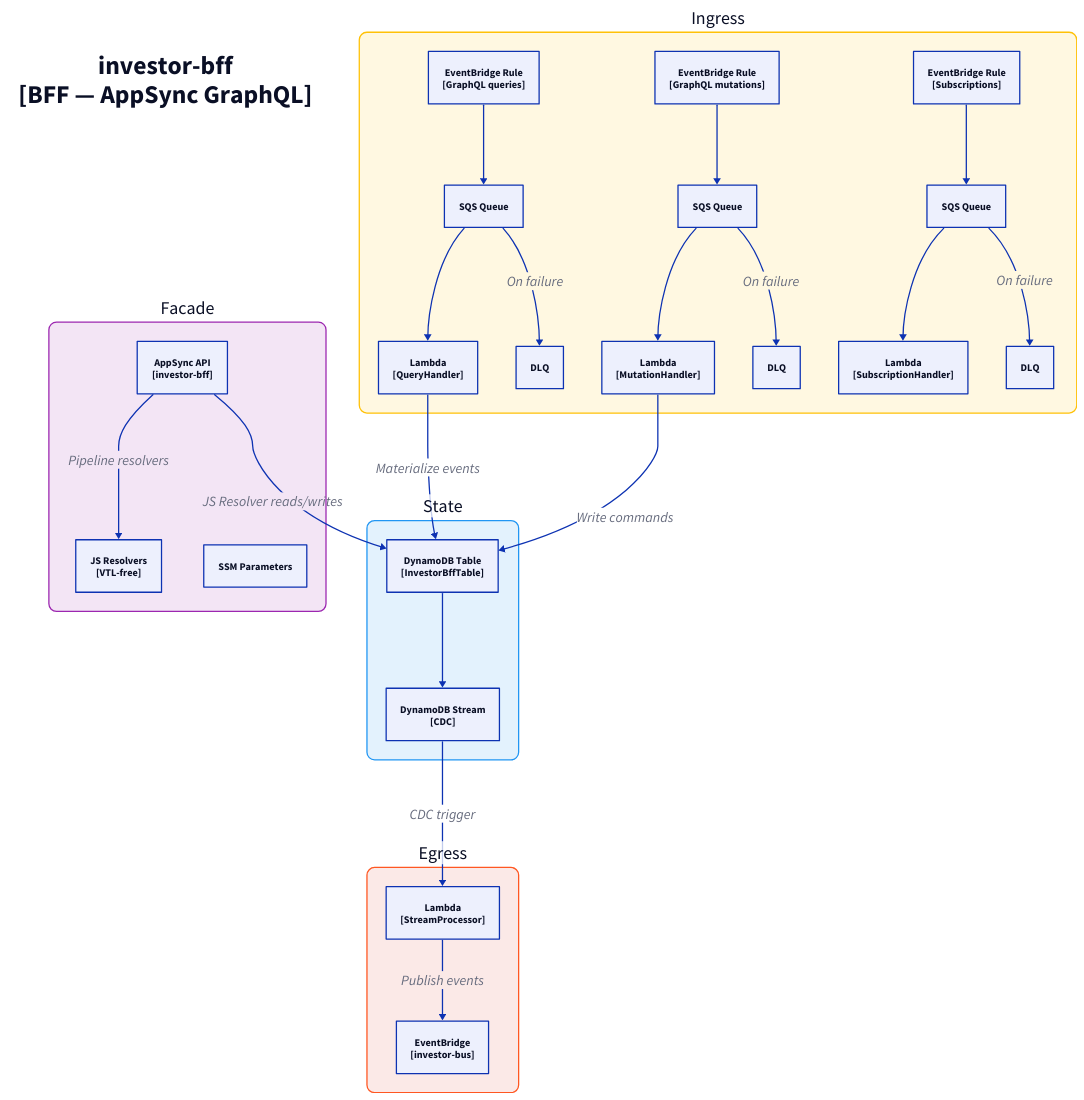
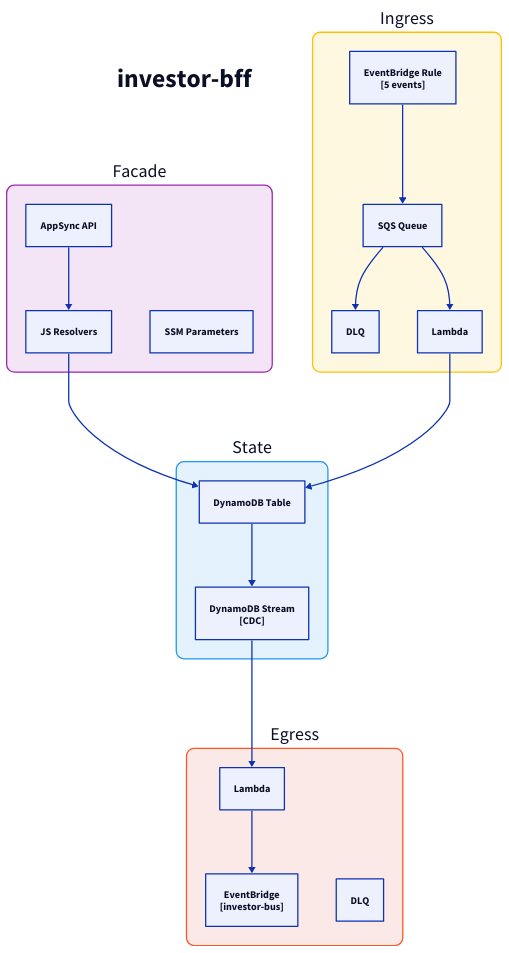
Before and after one commit to fabio-vitali/nestfolio: the diagram in docs/architecture/c3/investor-bff.d2, drawn with D2. The commit also changed 60 other files, not shown here.

Commit message:
fix: c4 diagram generated

```diff
--- a/docs/architecture/c3/investor-bff.d2
+++ b/docs/architecture/c3/investor-bff.d2
@@ -1,67 +1,45 @@
 direction: down
 
-title: "investor-bff\n[BFF — AppSync GraphQL]" {
+title: "investor-bff" {
   style: { font-size: 40; bold: true; fill: transparent; stroke: transparent }
 }
 
 facade: "Facade" {
   style: { fill: "#F3E5F5"; stroke: "#9C27B0"; border-radius: 12; font-size: 28 }
-
-  appsync: "AppSync API\n[investor-bff]" { class: aws-appsync }
-  resolvers: "JS Resolvers\n[VTL-free]" { class: aws-lambda }
+  appsync: "AppSync API" { class: aws-appsync }
+  resolvers: "JS Resolvers" { class: aws-lambda }
+  appsync -> resolvers
   ssm: "SSM Parameters" { class: aws-ssm }
-
-  appsync -> resolvers: "Pipeline resolvers" {style.font-size: 22}
 }
 
 ingress: "Ingress" {
   style: { fill: "#FFF8E1"; stroke: "#FFC107"; border-radius: 12; font-size: 28 }
+  rule: "EventBridge Rule\n[5 events]" { class: aws-eventbridge }
+  sqs: "SQS Queue" { class: aws-sqs }
+  dlq: "DLQ" { class: aws-dlq }
+  handler: "Lambda" { class: aws-lambda }
 
-  query: "Lambda\n[QueryHandler]" { class: aws-lambda }
-  query-sqs: "SQS Queue" { class: aws-sqs }
-  query-dlq: "DLQ" { class: aws-dlq }
-  query-rule: "EventBridge Rule\n[GraphQL queries]" { class: aws-eventbridge }
-
-  query-rule -> query-sqs -> query
-  query-sqs -> query-dlq: "On failure" {style.font-size: 22}
-
-  mutation: "Lambda\n[MutationHandler]" { class: aws-lambda }
-  mutation-sqs: "SQS Queue" { class: aws-sqs }
-  mutation-dlq: "DLQ" { class: aws-dlq }
-  mutation-rule: "EventBridge Rule\n[GraphQL mutations]" { class: aws-eventbridge }
-
-  mutation-rule -> mutation-sqs -> mutation
-  mutation-sqs -> mutation-dlq: "On failure" {style.font-size: 22}
-
-  subscription: "Lambda\n[SubscriptionHandler]" { class: aws-lambda }
-  subscription-sqs: "SQS Queue" { class: aws-sqs }
-  subscription-dlq: "DLQ" { class: aws-dlq }
-  subscription-rule: "EventBridge Rule\n[Subscriptions]" { class: aws-eventbridge }
-
-  subscription-rule -> subscription-sqs -> subscription
-  subscription-sqs -> subscription-dlq: "On failure" {style.font-size: 22}
+  rule -> sqs -> handler
+  sqs -> dlq
 }
 
 state: "State" {
   style: { fill: "#E3F2FD"; stroke: "#2196F3"; border-radius: 12; font-size: 28 }
-
-  table: "DynamoDB Table\n[InvestorBffTable]" { class: aws-dynamodb }
+  table: "DynamoDB Table" { class: aws-dynamodb }
   stream: "DynamoDB Stream\n[CDC]" { class: aws-ddb-stream }
-
   table -> stream
 }
 
 egress: "Egress" {
   style: { fill: "#FBE9E7"; stroke: "#FF5722"; border-radius: 12; font-size: 28 }
+  processor: "Lambda" { class: aws-lambda }
+  bus: "EventBridge\n[investor-bus]" { class: aws-eventbridge }
+  dlq: "DLQ" { class: aws-dlq }
 
-  processor: "Lambda\n[StreamProcessor]" { class: aws-lambda }
-  bus: "EventBridge\n[investor-bus]" { class: aws-eventbridge }
-
-  processor -> bus: "Publish events" {style.font-size: 22}
+  processor -> bus
 }
 
 # Flows
-facade.appsync -> state.table: "JS Resolver reads/writes" {style.font-size: 22}
-ingress.query -> state.table: "Materialize events" {style.font-size: 22}
-ingress.mutation -> state.table: "Write commands" {style.font-size: 22}
-state.stream -> egress.processor: "CDC trigger" {style.font-size: 22}
+facade.resolvers -> state.table
+ingress.handler -> state.table
+state.stream -> egress.processor
```
